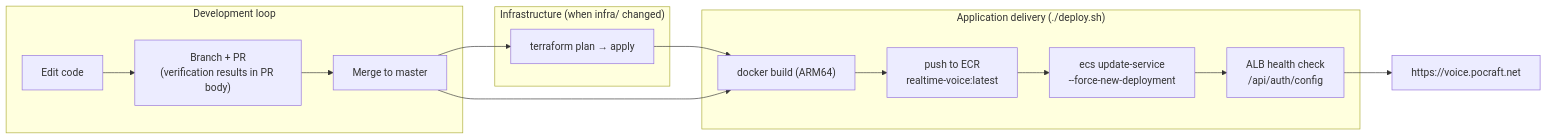
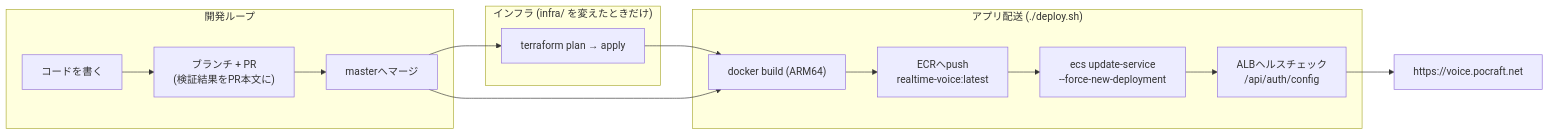
The diagram in docs/deployment.md (yoshiharu-ishii/realtime_voice), drawn with Mermaid before and after one commit. The commit also changed other lines of this file and 1 other file, not shown here.

Commit message:
docs: aws_architecture.md / deployment.md を日本語化

````diff
--- a/docs/deployment.md
+++ b/docs/deployment.md
@@ -9,21 +7,21 @@
 ```mermaid
 flowchart LR
-    subgraph Dev["Development loop"]
-        CODE["Edit code"] --> PR["Branch + PR<br/>(verification results in PR body)"]
-        PR --> MERGE["Merge to master"]
+    subgraph Dev["開発ループ"]
+        CODE["コードを書く"] --> PR["ブランチ + PR<br/>(検証結果をPR本文に)"]
+        PR --> MERGE["masterへマージ"]
     end
 
-    subgraph Infra["Infrastructure (when infra/ changed)"]
+    subgraph Infra["インフラ (infra/ を変えたときだけ)"]
         TF["terraform plan → apply"]
     end
 
-    subgraph Delivery["Application delivery (./deploy.sh)"]
-        BUILD["docker build (ARM64)"] --> PUSH["push to ECR<br/>realtime-voice:latest"]
+    subgraph Delivery["アプリ配送 (./deploy.sh)"]
+        BUILD["docker build (ARM64)"] --> PUSH["ECRへpush<br/>realtime-voice:latest"]
         PUSH --> ROLL["ecs update-service<br/>--force-new-deployment"]
-        ROLL --> HEALTH["ALB health check<br/>/api/auth/config"]
+        ROLL --> HEALTH["ALBヘルスチェック<br/>/api/auth/config"]
     end
 
     MERGE --> TF --> BUILD
     MERGE --> BUILD
     HEALTH --> LIVE["https://voice.pocraft.net"]
 ```
````
